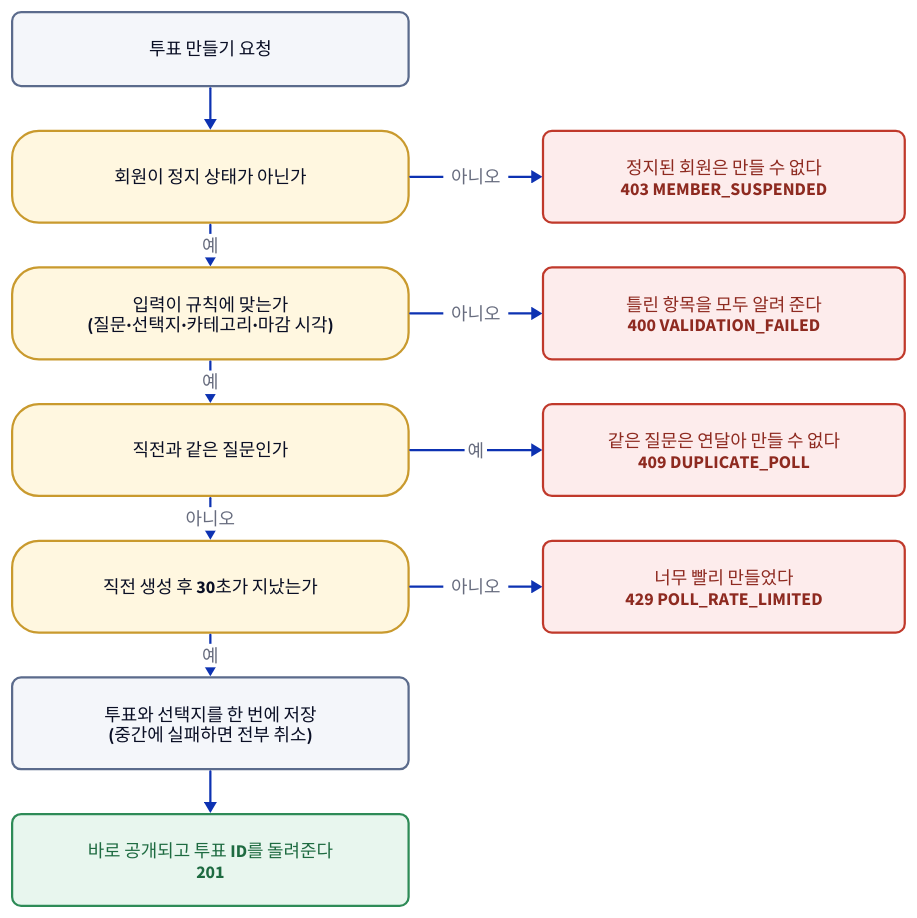
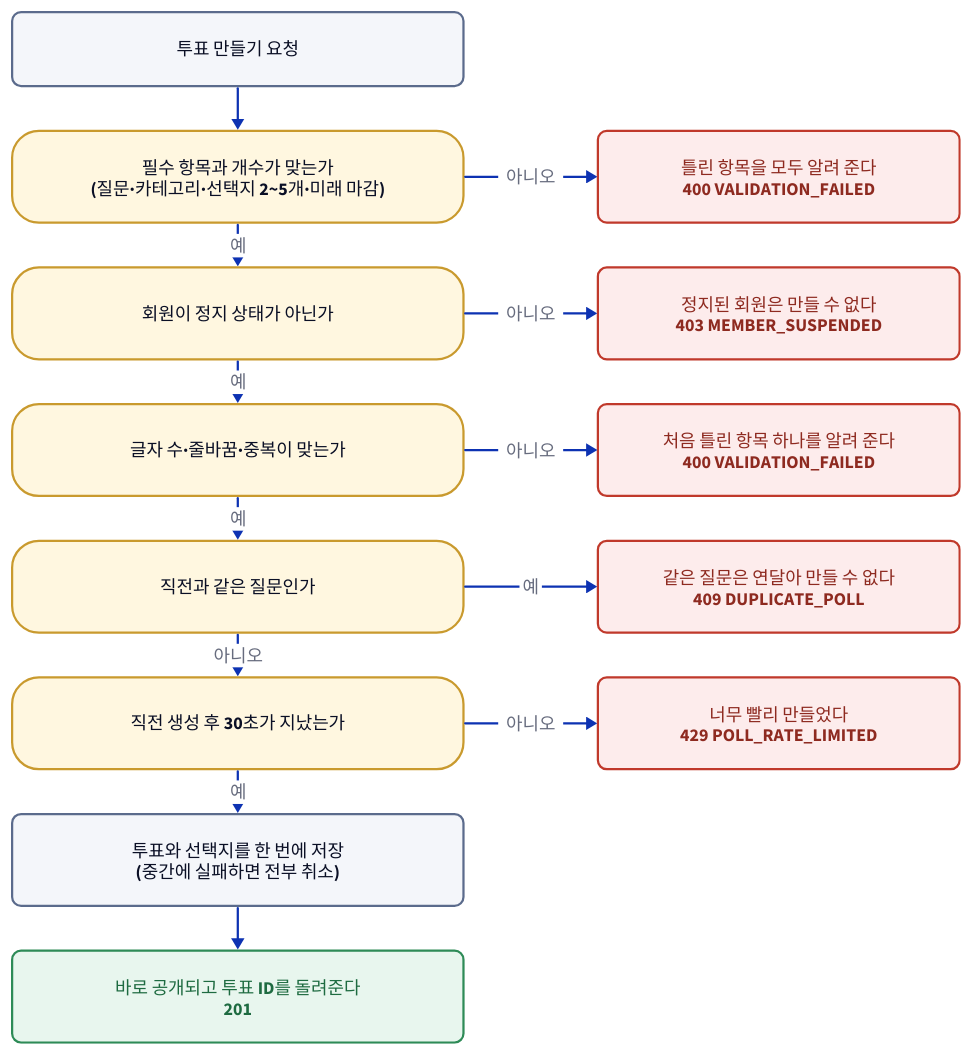
The diagram in docs/diagrams/02-투표-만들기.d2 (kwakseobang/AuDDum), drawn with D2 before and after one commit. The commit also changed 46 other files, not shown here.

```diff
--- a/docs/diagrams/02-투표-만들기.d2
+++ b/docs/diagrams/02-투표-만들기.d2
@@ -1,48 +1,53 @@
 vars: {
   d2-config: { layout-engine: dagre }
 }
 
 classes: {
   step: { shape: rectangle; style: { border-radius: 8; fill: "#F4F6FA"; stroke: "#5B6B8C" } }
   ask:  { shape: rectangle; style: { border-radius: 24; fill: "#FFF7E0"; stroke: "#C99A2E" } }
   fail: { shape: rectangle; style: { border-radius: 8; fill: "#FDECEC"; stroke: "#C0392B"; font-color: "#8E2A20" } }
   ok:   { shape: rectangle; style: { border-radius: 8; fill: "#E8F6EE"; stroke: "#2E8B57"; font-color: "#1E6B41" } }
   gap:  { shape: rectangle; width: 1; height: 1; style: { opacity: 0 } }
 }
 
-grid-rows: 7
+grid-rows: 8
 grid-columns: 2
 grid-gap: 40
 horizontal-gap: 120
 
 start: "투표 만들기 요청" { class: step }
 g1: "" { class: gap }
 
+form: "필수 항목과 개수가 맞는가\n(질문·카테고리·선택지 2~5개·미래 마감)" { class: ask }
+e400a: "틀린 항목을 모두 알려 준다\n400 VALIDATION_FAILED" { class: fail }
+
 active: "회원이 정지 상태가 아닌가" { class: ask }
 e403: "정지된 회원은 만들 수 없다\n403 MEMBER_SUSPENDED" { class: fail }
 
-valid: "입력이 규칙에 맞는가\n(질문·선택지·카테고리·마감 시각)" { class: ask }
-e400: "틀린 항목을 모두 알려 준다\n400 VALIDATION_FAILED" { class: fail }
+valid: "글자 수·줄바꿈·중복이 맞는가" { class: ask }
+e400: "처음 틀린 항목 하나를 알려 준다\n400 VALIDATION_FAILED" { class: fail }
 
 dup: "직전과 같은 질문인가" { class: ask }
 e409: "같은 질문은 연달아 만들 수 없다\n409 DUPLICATE_POLL" { class: fail }
 
 rate: "직전 생성 후 30초가 지났는가" { class: ask }
 e429: "너무 빨리 만들었다\n429 POLL_RATE_LIMITED" { class: fail }
 
 save: "투표와 선택지를 한 번에 저장\n(중간에 실패하면 전부 취소)" { class: step }
 g2: "" { class: gap }
 
 done: "바로 공개되고 투표 ID를 돌려준다\n201" { class: ok }
 g3: "" { class: gap }
 
-start -> active
+start -> form
+form -> active: 예
+form -> e400a: 아니오
 active -> valid: 예
 active -> e403: 아니오
 valid -> dup: 예
 valid -> e400: 아니오
 dup -> rate: 아니오
 dup -> e409: 예
 rate -> save: 예
 rate -> e429: 아니오
 save -> done
```
